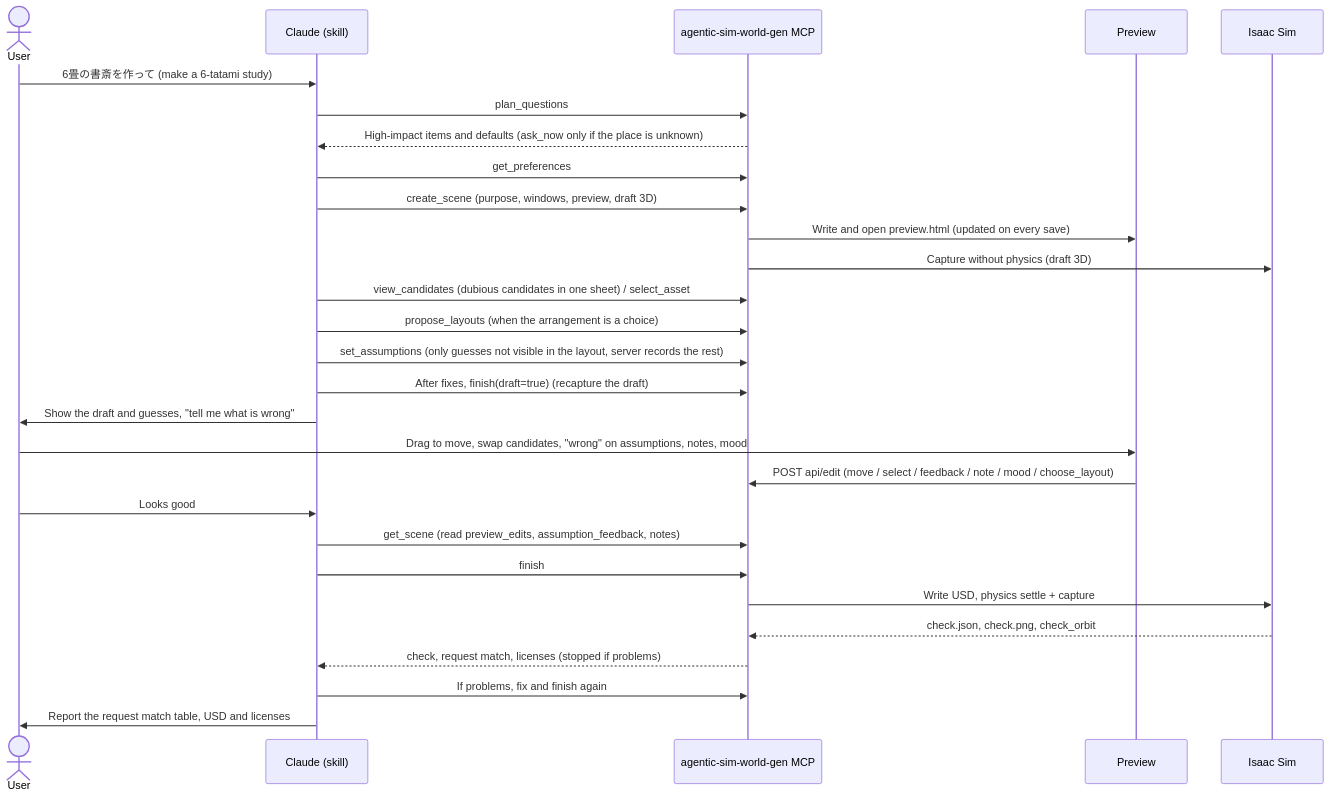
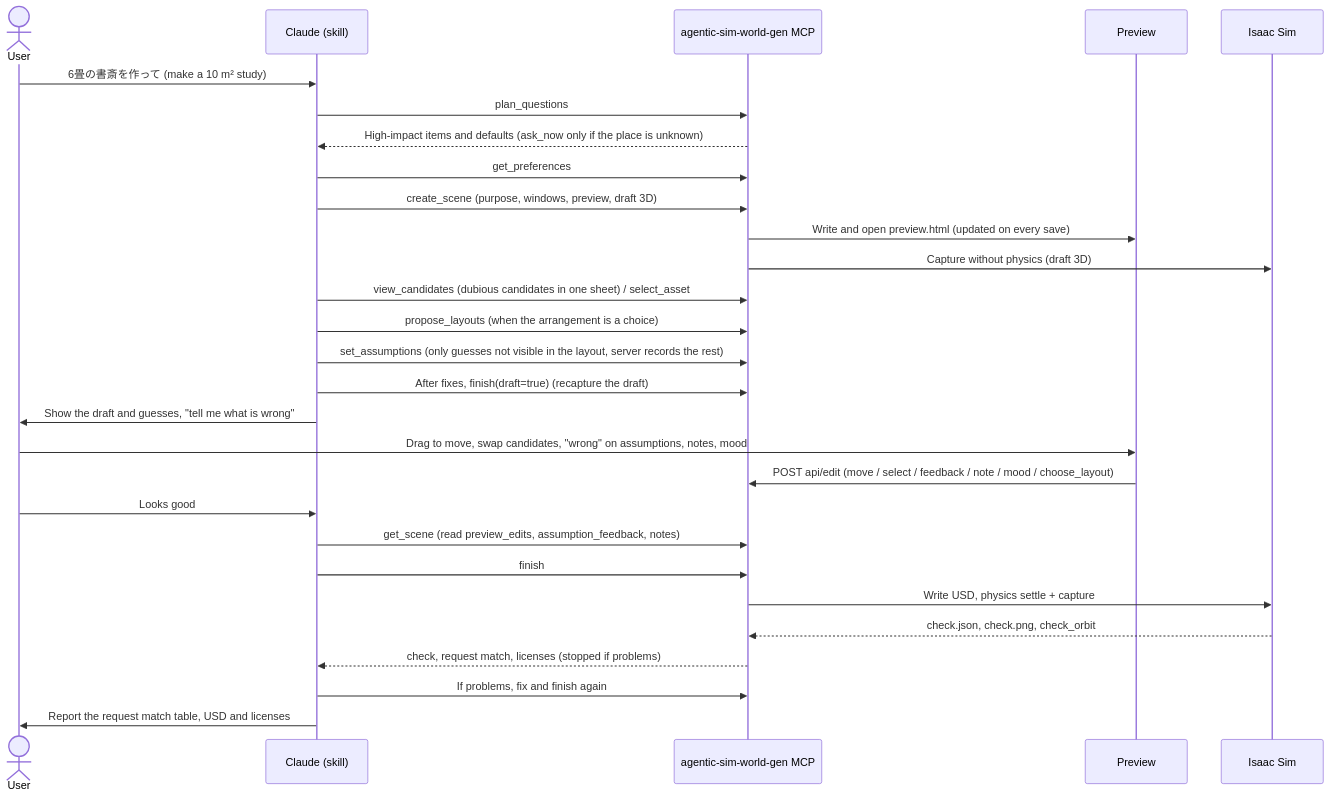
The eighth of 9 diagrams in docs/en/architecture.md (atinfinity/agentic-sim-world-gen), drawn with Mermaid before and after one commit. The commit also changed other lines of this file and 4 other files, not shown here.

````diff
--- a/docs/en/architecture.md
+++ b/docs/en/architecture.md
@@ -401,31 +401,31 @@
 ```mermaid
 sequenceDiagram
     actor U as User
     participant C as Claude (skill)
     participant W as agentic-sim-world-gen MCP
     participant P as Preview
     participant I as Isaac Sim
 
-    U->>C: 6畳の書斎を作って (make a 6-tatami study)
+    U->>C: 6畳の書斎を作って (make a 10 m² study)
     C->>W: plan_questions
     W-->>C: High-impact items and defaults (ask_now only if the place is unknown)
     C->>W: get_preferences
     C->>W: create_scene (purpose, windows, preview, draft 3D)
     W->>P: Write and open preview.html (updated on every save)
     W->>I: Capture without physics (draft 3D)
     C->>W: view_candidates (dubious candidates in one sheet) / select_asset
     C->>W: propose_layouts (when the arrangement is a choice)
     C->>W: set_assumptions (only guesses not visible in the layout, server records the rest)
     C->>W: After fixes, finish(draft=true) (recapture the draft)
     C->>U: Show the draft and guesses, "tell me what is wrong"
     U->>P: Drag to move, swap candidates, "wrong" on assumptions, notes, mood
     P->>W: POST api/edit (move / select / feedback / note / mood / choose_layout)
     U->>C: Looks good
     C->>W: get_scene (read preview_edits, assumption_feedback, notes)
     C->>W: finish
     W->>I: Write USD, physics settle + capture
     I-->>W: check.json, check.png, check_orbit
     W-->>C: check, request match, licenses (stopped if problems)
     C->>W: If problems, fix and finish again
     C->>U: Report the request match table, USD and licenses
 ```
````
